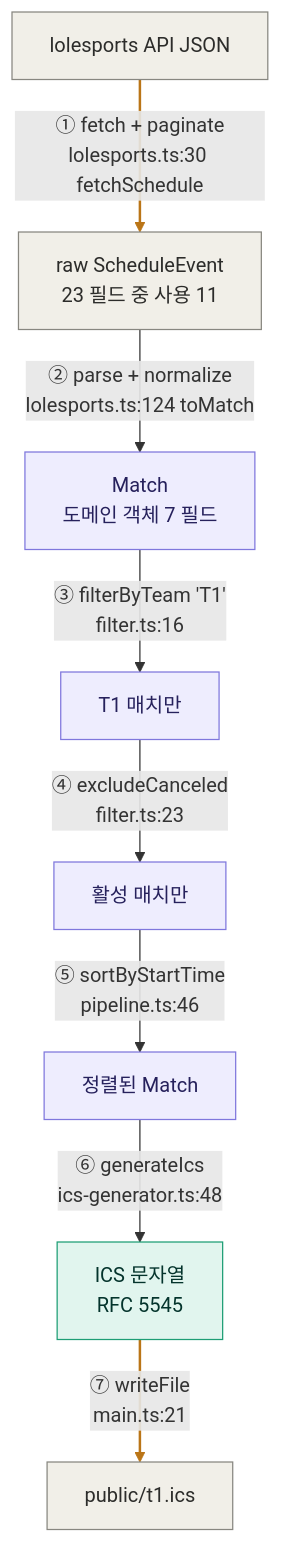
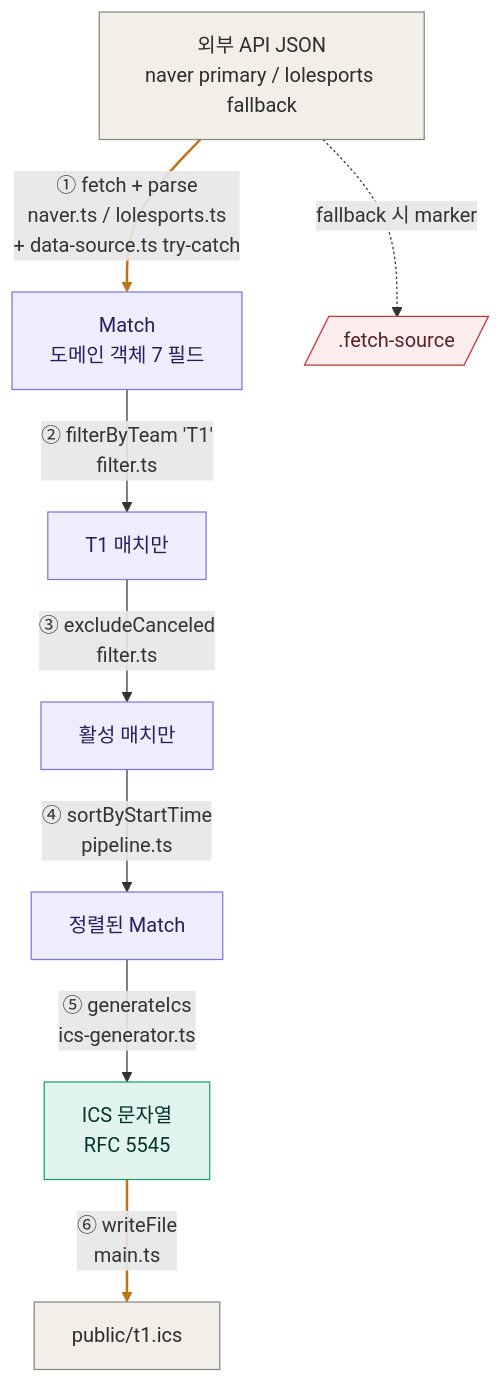
The second of 2 diagrams in ARCHITECTURE.md (ericagong/lck-schedule-sync), drawn with Mermaid before and after one commit. The commit also changed other lines of this file and 3 other files, not shown here.

Commit message:
chore(phase-3): 시각 검증 스크립트 + Actions Issue 알람 + ARCHITECTURE 반영

````diff
--- a/ARCHITECTURE.md
+++ b/ARCHITECTURE.md
@@ -39,23 +41,23 @@
 ```mermaid
 flowchart TD
-    rawJson[lolesports API JSON]
-    rawJson -->|"① fetch + paginate<br/>lolesports.ts:30 fetchSchedule"| events[raw ScheduleEvent<br/>23 필드 중 사용 11]
-    events -->|"② parse + normalize<br/>lolesports.ts:124 toMatch"| matches[Match<br/>도메인 객체 7 필드]
-    matches -->|"③ filterByTeam 'T1'<br/>filter.ts:16"| t1Only[T1 매치만]
-    t1Only -->|"④ excludeCanceled<br/>filter.ts:23"| active[활성 매치만]
-    active -->|"⑤ sortByStartTime<br/>pipeline.ts:46"| sorted[정렬된 Match]
-    sorted -->|"⑥ generateIcs<br/>ics-generator.ts:48"| ics[ICS 문자열<br/>RFC 5545]
-    ics -->|"⑦ writeFile<br/>main.ts:21"| output[public/t1.ics]
+    rawJson[외부 API JSON<br/>naver primary / lolesports fallback]
+    rawJson -->|"① fetch + parse<br/>naver.ts / lolesports.ts<br/>+ data-source.ts try-catch"| matches[Match<br/>도메인 객체 7 필드]
+    matches -->|"② filterByTeam 'T1'<br/>filter.ts"| t1Only[T1 매치만]
+    t1Only -->|"③ excludeCanceled<br/>filter.ts"| active[활성 매치만]
+    active -->|"④ sortByStartTime<br/>pipeline.ts"| sorted[정렬된 Match]
+    sorted -->|"⑤ generateIcs<br/>ics-generator.ts"| ics[ICS 문자열<br/>RFC 5545]
+    ics -->|"⑥ writeFile<br/>main.ts"| output[public/t1.ics]
+    rawJson -.->|"fallback 시 marker"| marker[/.fetch-source/]
 
     style rawJson fill:#F1EFE8,stroke:#888780,color:#2C2C2A
-    style events fill:#F1EFE8,stroke:#888780,color:#2C2C2A
     style matches fill:#EEEDFE,stroke:#7F77DD,color:#26215C
     style t1Only fill:#EEEDFE,stroke:#7F77DD,color:#26215C
     style active fill:#EEEDFE,stroke:#7F77DD,color:#26215C
     style sorted fill:#EEEDFE,stroke:#7F77DD,color:#26215C
     style ics fill:#E1F5EE,stroke:#1D9E75,color:#04342C
     style output fill:#F1EFE8,stroke:#888780,color:#2C2C2A
+    style marker fill:#FDEEEE,stroke:#C9343A,color:#5C2125
 
     linkStyle 0 stroke:#BA7517,stroke-width:2px
-    linkStyle 6 stroke:#BA7517,stroke-width:2px
+    linkStyle 5 stroke:#BA7517,stroke-width:2px
 ```
````
